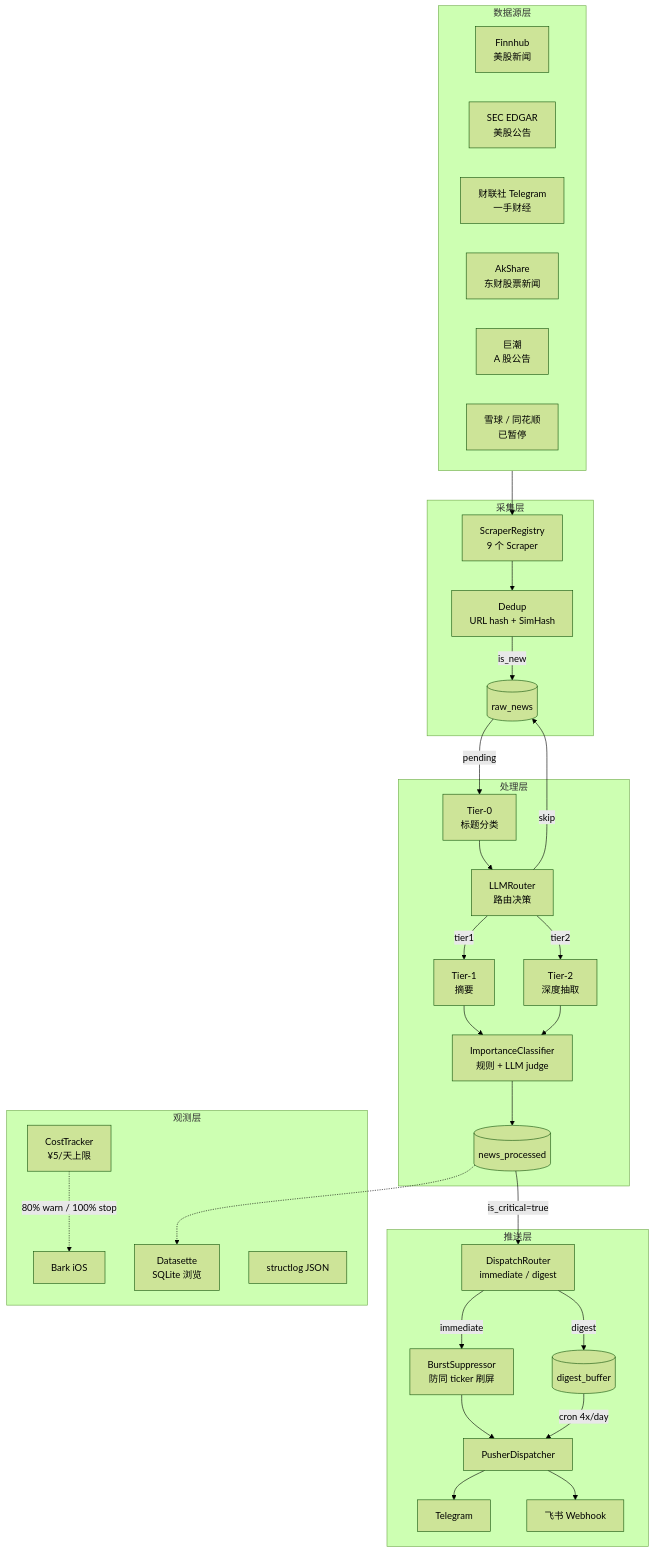
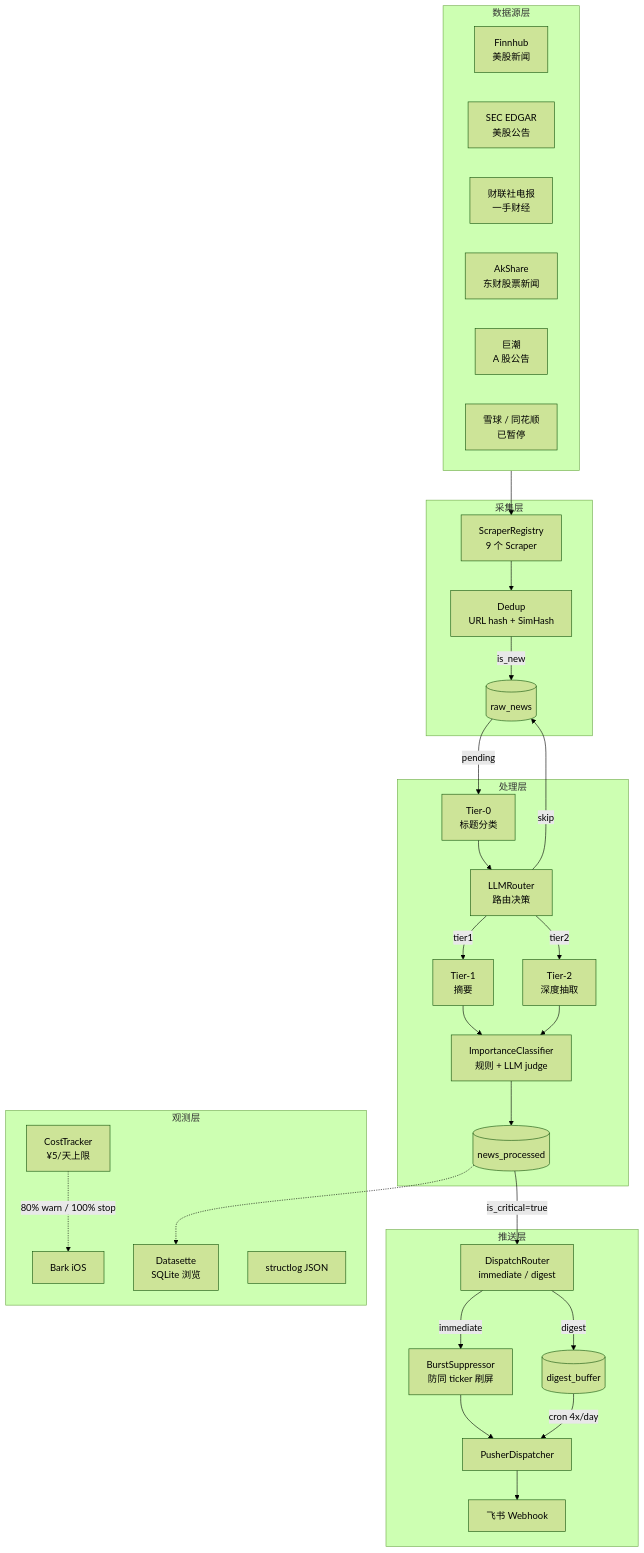
The first of 2 diagrams in docs/getting-started/architecture.md (zhuangqingbin/NewsProject), drawn with Mermaid (forest theme) before and after one commit. The commit also changed other lines of this file and 16 other files, not shown here.

````diff
--- a/docs/getting-started/architecture.md
+++ b/docs/getting-started/architecture.md
@@ -9,63 +9,61 @@
 ```mermaid
 graph TB
     subgraph Sources["数据源层"]
         FH[Finnhub<br/>美股新闻]
         SE[SEC EDGAR<br/>美股公告]
-        CX[财联社 Telegram<br/>一手财经]
+        CX[财联社电报<br/>一手财经]
         AK[AkShare<br/>东财股票新闻]
         JC[巨潮<br/>A 股公告]
         D1[雪球 / 同花顺<br/>已暂停]
     end
 
     subgraph Ingest["采集层"]
         SC[ScraperRegistry<br/>9 个 Scraper]
         DD[Dedup<br/>URL hash + SimHash]
         RN[(raw_news)]
     end
 
     subgraph Process["处理层"]
         T0[Tier-0<br/>标题分类]
         LR[LLMRouter<br/>路由决策]
         T1[Tier-1<br/>摘要]
         T2[Tier-2<br/>深度抽取]
         IC[ImportanceClassifier<br/>规则 + LLM judge]
         NP[(news_processed)]
     end
 
     subgraph Dispatch["推送层"]
         DR[DispatchRouter<br/>immediate / digest]
         BS[BurstSuppressor<br/>防同 ticker 刷屏]
         DB[(digest_buffer)]
         PD[PusherDispatcher]
-        TG[Telegram]
         FS[飞书 Webhook]
     end
 
     subgraph Observe["观测层"]
         CT[CostTracker<br/>¥5/天上限]
         BK[Bark iOS]
         DS[Datasette<br/>SQLite 浏览]
         LOG[structlog JSON]
     end
 
     Sources --> SC
     SC --> DD
     DD -->|is_new| RN
     RN -->|pending| T0
     T0 --> LR
     LR -->|skip| RN
     LR -->|tier1| T1
     LR -->|tier2| T2
     T1 --> IC
     T2 --> IC
     IC --> NP
     NP -->|is_critical=true| DR
     DR -->|immediate| BS
     BS --> PD
     DR -->|digest| DB
     DB -->|cron 4x/day| PD
-    PD --> TG
     PD --> FS
     CT -.->|80% warn / 100% stop| BK
     NP -.-> DS
 ```
````
